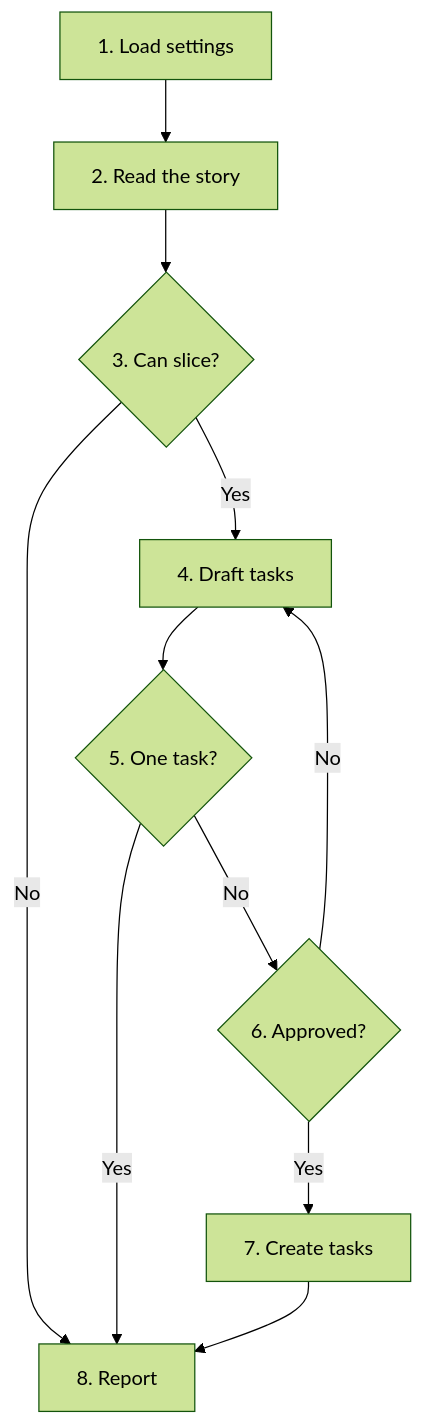
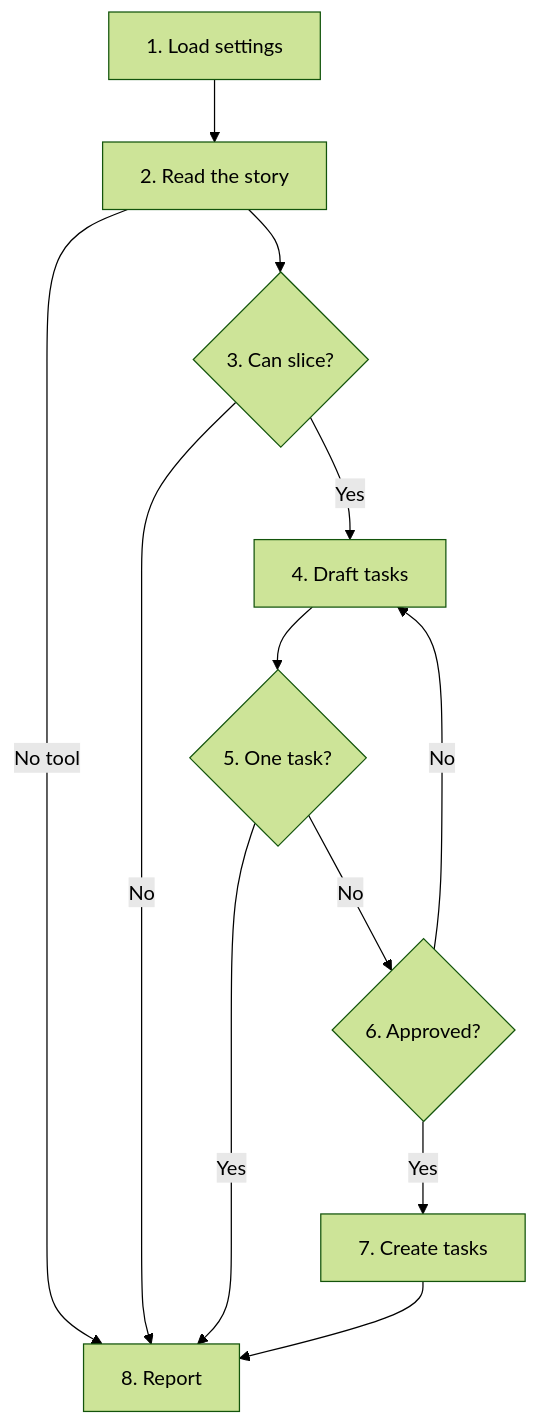
One commit to cultoftheai/skills changed the diagram in skills/sdlc/slice/SKILL.md. Above: the diagram before and after it, drawn with Mermaid (forest theme). The commit also changed other lines of this file and 5 other files, not shown here.

````diff
--- a/skills/sdlc/slice/SKILL.md
+++ b/skills/sdlc/slice/SKILL.md
@@ -19,22 +19,23 @@
 ```mermaid
 flowchart TD
     A[1. Load settings]
     B[2. Read the story]
     C{3. Can slice?}
     D[4. Draft tasks]
     E{5. One task?}
     F{6. Approved?}
     G[7. Create tasks]
     H[8. Report]
 
     A --> B
+    B -->|No tool| H
     B --> C
     C -->|No| H
     C -->|Yes| D
     D --> E
     E -->|Yes| H
     E -->|No| F
     F -->|No| D
     F -->|Yes| G
     G --> H
 ```
````
